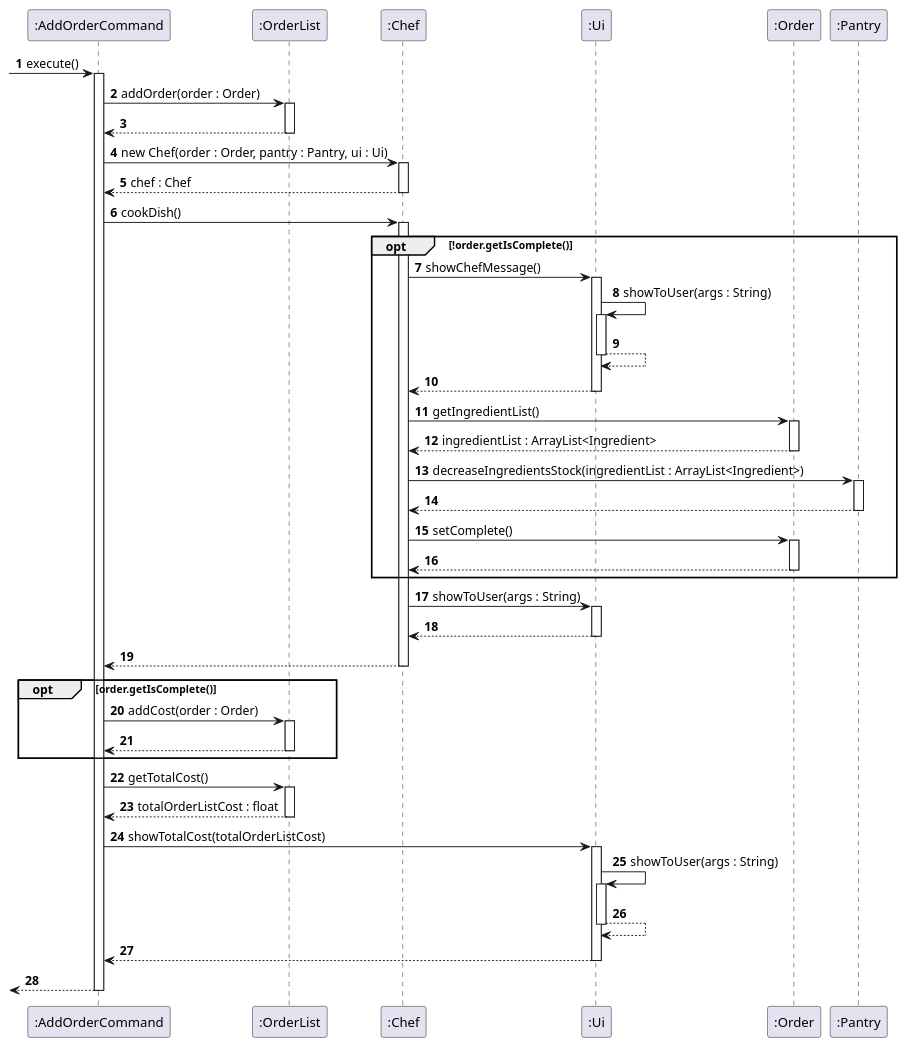
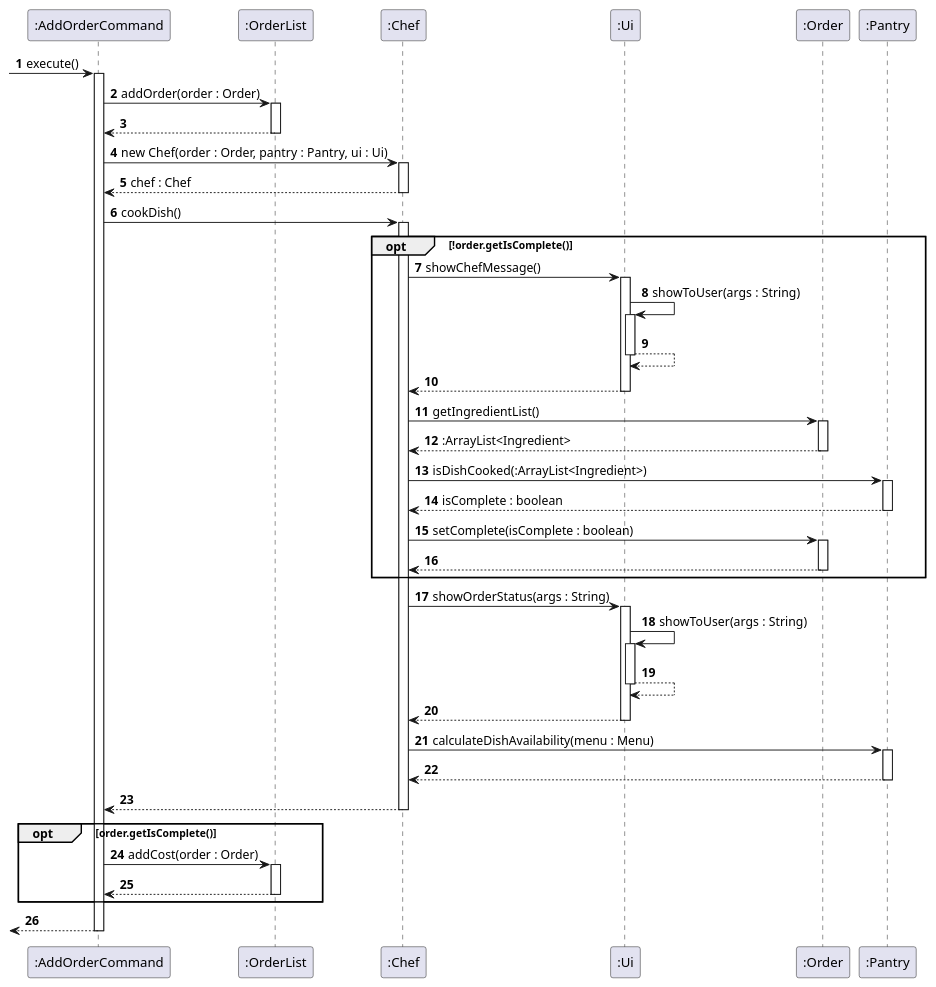
Before and after one commit to nus-cs2113-AY2324S1/tp: the diagram in docs/diagrams/sequence/AddOrderCommand_execute.puml, drawn with PlantUML. The commit also changed 5 other files, not shown here.

```diff
--- a/docs/diagrams/sequence/AddOrderCommand_execute.puml
+++ b/docs/diagrams/sequence/AddOrderCommand_execute.puml
@@ -1,52 +1,49 @@
 @startuml
 'https://plantuml.com/sequence-diagram
 
 autonumber
 
 -> ":AddOrderCommand" : execute()
     activate ":AddOrderCommand"
     ":AddOrderCommand" -> ":OrderList" : addOrder(order : Order)
         activate ":OrderList"
         return
     ":AddOrderCommand" -> ":Chef" : new Chef(order : Order, pantry : Pantry, ui : Ui)
         activate ":Chef"
         return chef : Chef
     ":AddOrderCommand" -> ":Chef" : cookDish()
         activate ":Chef"
         opt !order.getIsComplete()
             ":Chef" -> ":Ui" : showChefMessage()
                 activate ":Ui"
                 ":Ui" -> ":Ui" : showToUser(args : String)
                     activate ":Ui"
                 return
             return
             ":Chef" -> ":Order" : getIngredientList()
                 activate ":Order"
-            return ingredientList : ArrayList<Ingredient>
-            ":Chef" -> ":Pantry" : decreaseIngredientsStock(ingredientList : ArrayList<Ingredient>)
+            return :ArrayList<Ingredient>
+            ":Chef" -> ":Pantry" : isDishCooked(:ArrayList<Ingredient>)
                 activate ":Pantry"
-            return
-            ":Chef" -> ":Order" : setComplete()
+            return isComplete : boolean
+            ":Chef" -> ":Order" : setComplete(isComplete : boolean)
                 activate ":Order"
             return
         end
-        ":Chef" -> ":Ui" : showToUser(args : String)
+        ":Chef" -> ":Ui" : showOrderStatus(args : String)
             activate ":Ui"
+            ":Ui" -> ":Ui" : showToUser(args : String)
+                activate ":Ui"
+            return
+        return
+        ":Chef" -> ":Pantry" : calculateDishAvailability(menu : Menu)
+            activate ":Pantry"
             return
         return
     opt order.getIsComplete()
         ":AddOrderCommand" -> ":OrderList" : addCost(order : Order)
         activate ":OrderList"
         return
     end
-    ":AddOrderCommand" -> ":OrderList" : getTotalCost()
-        activate ":OrderList"
-        return totalOrderListCost : float
-    ":AddOrderCommand" -> ":Ui" : showTotalCost(totalOrderListCost)
-        activate ":Ui"
-        ":Ui" -> ":Ui" : showToUser(args : String)
-            activate ":Ui"
-        return
-    return
 return
 @enduml
```
